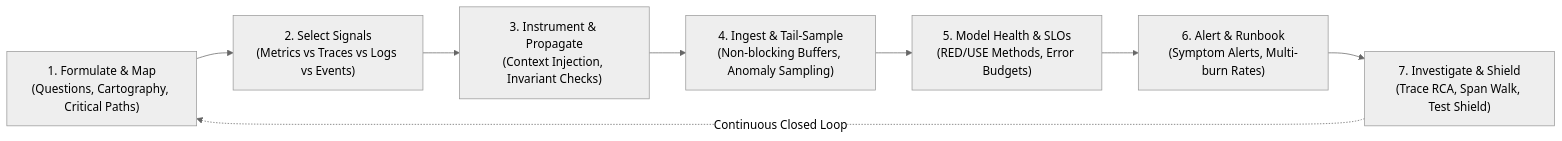
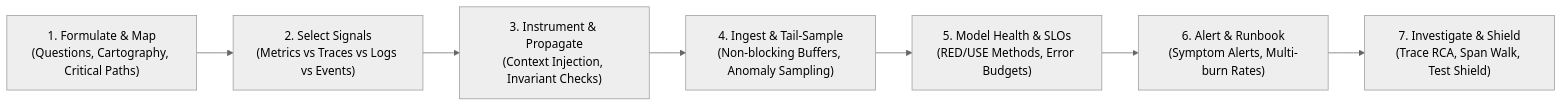
One commit to gowtham2thrive/agent-grimoire changed the diagram in .agents/skills/observability/SKILL.md. Above: the diagram before and after it, drawn with Mermaid (neutral theme). The commit also changed other lines of this file and 31 other files, not shown here.

````diff
--- a/.agents/skills/observability/SKILL.md
+++ b/.agents/skills/observability/SKILL.md
@@ -23,10 +24,9 @@
 ```mermaid
 flowchart LR
     P1["1. Formulate & Map<br/>(Questions, Cartography, Critical Paths)"] --> P2["2. Select Signals<br/>(Metrics vs Traces vs Logs vs Events)"]
     P2 --> P3["3. Instrument & Propagate<br/>(Context Injection, Invariant Checks)"]
     P3 --> P4["4. Ingest & Tail-Sample<br/>(Non-blocking Buffers, Anomaly Sampling)"]
     P4 --> P5["5. Model Health & SLOs<br/>(RED/USE Methods, Error Budgets)"]
     P5 --> P6["6. Alert & Runbook<br/>(Symptom Alerts, Multi-burn Rates)"]
     P6 --> P7["7. Investigate & Shield<br/>(Trace RCA, Span Walk, Test Shield)"]
-    P7 -.->|Continuous Closed Loop| P1
 ```
````
